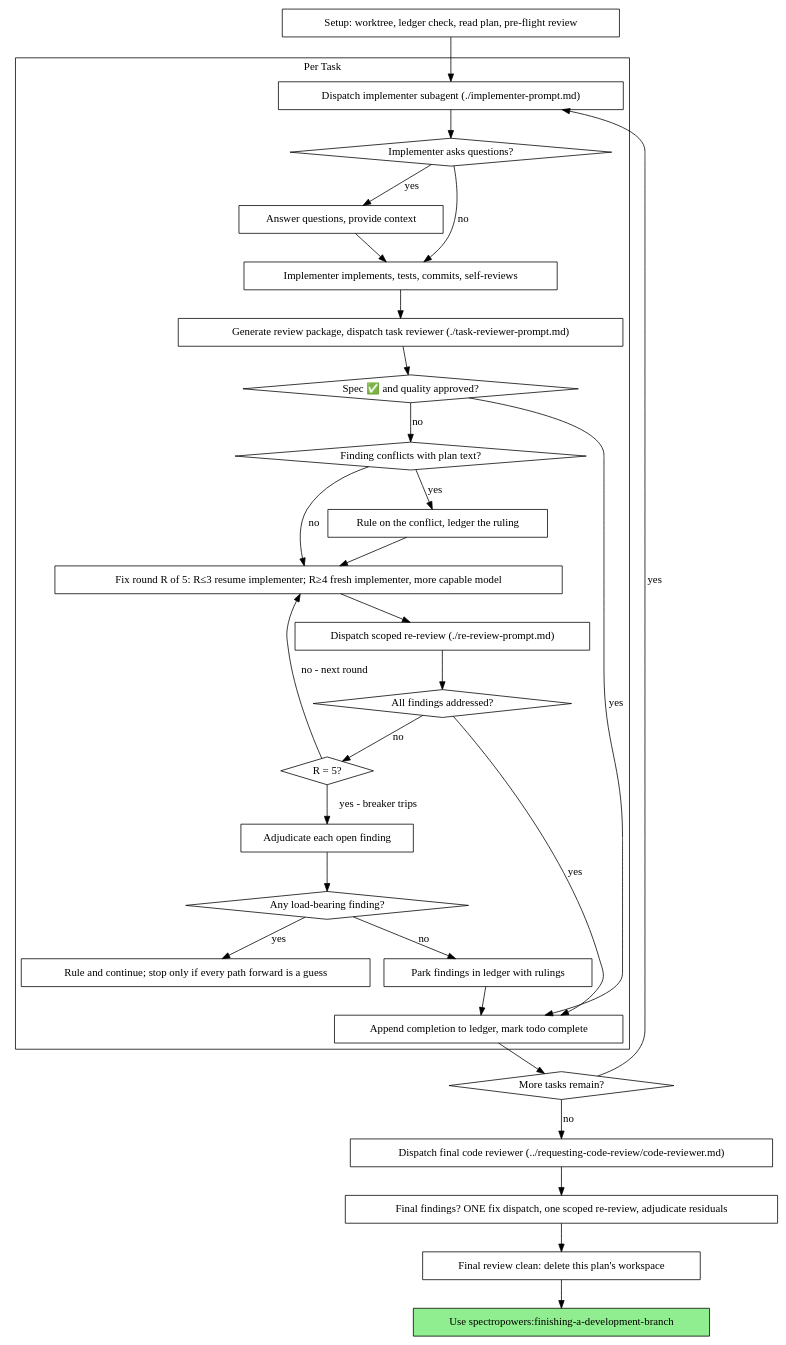
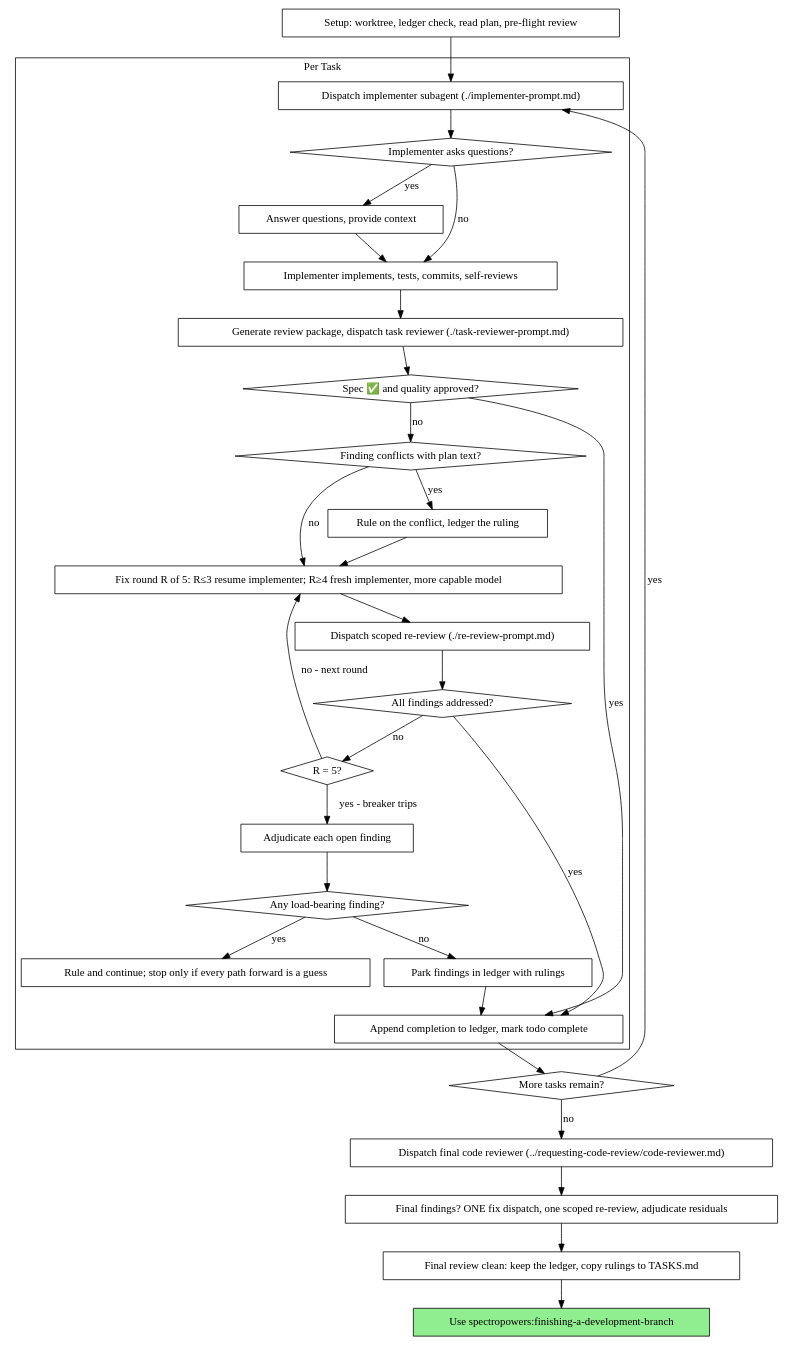
Before and after one commit to spectroscope/spectroscope: the second of 2 diagrams in spectro-server/src/main/resources/bundled-playbooks/spectro/skills/spectropowers/subagent-driven-development/SKILL.md, drawn with Graphviz. The commit also changed other lines of this file and 48 other files, not shown here.

````diff
--- a/spectro-server/src/main/resources/bundled-playbooks/spectro/skills/spectropowers/subagent-driven-development/SKILL.md
+++ b/spectro-server/src/main/resources/bundled-playbooks/spectro/skills/spectropowers/subagent-driven-development/SKILL.md
@@ -61,62 +63,62 @@
 ```dot
 digraph process {
     rankdir=TB;
 
     subgraph cluster_per_task {
         label="Per Task";
         "Dispatch implementer subagent (./implementer-prompt.md)" [shape=box];
         "Implementer asks questions?" [shape=diamond];
         "Answer questions, provide context" [shape=box];
         "Implementer implements, tests, commits, self-reviews" [shape=box];
         "Generate review package, dispatch task reviewer (./task-reviewer-prompt.md)" [shape=box];
         "Spec ✅ and quality approved?" [shape=diamond];
         "Finding conflicts with plan text?" [shape=diamond];
         "Rule on the conflict, ledger the ruling" [shape=box];
         "Fix round R of 5: R≤3 resume implementer; R≥4 fresh implementer, more capable model" [shape=box];
         "Dispatch scoped re-review (./re-review-prompt.md)" [shape=box];
         "All findings addressed?" [shape=diamond];
         "R = 5?" [shape=diamond];
         "Adjudicate each open finding" [shape=box];
         "Any load-bearing finding?" [shape=diamond];
         "Rule and continue; stop only if every path forward is a guess" [shape=box];
         "Park findings in ledger with rulings" [shape=box];
         "Append completion to ledger, mark todo complete" [shape=box];
     }
 
     "Setup: worktree, ledger check, read plan, pre-flight review" [shape=box];
     "More tasks remain?" [shape=diamond];
     "Dispatch final code reviewer (../requesting-code-review/code-reviewer.md)" [shape=box];
     "Final findings? ONE fix dispatch, one scoped re-review, adjudicate residuals" [shape=box];
-    "Final review clean: delete this plan's workspace" [shape=box];
+    "Final review clean: keep the ledger, copy rulings to TASKS.md" [shape=box];
     "Use spectropowers:finishing-a-development-branch" [shape=box style=filled fillcolor=lightgreen];
 
     "Setup: worktree, ledger check, read plan, pre-flight review" -> "Dispatch implementer subagent (./implementer-prompt.md)";
     "Dispatch implementer subagent (./implementer-prompt.md)" -> "Implementer asks questions?";
     "Implementer asks questions?" -> "Answer questions, provide context" [label="yes"];
     "Answer questions, provide context" -> "Implementer implements, tests, commits, self-reviews";
     "Implementer asks questions?" -> "Implementer implements, tests, commits, self-reviews" [label="no"];
     "Implementer implements, tests, commits, self-reviews" -> "Generate review package, dispatch task reviewer (./task-reviewer-prompt.md)";
     "Generate review package, dispatch task reviewer (./task-reviewer-prompt.md)" -> "Spec ✅ and quality approved?";
     "Spec ✅ and quality approved?" -> "Append completion to ledger, mark todo complete" [label="yes"];
     "Spec ✅ and quality approved?" -> "Finding conflicts with plan text?" [label="no"];
     "Finding conflicts with plan text?" -> "Rule on the conflict, ledger the ruling" [label="yes"];
     "Rule on the conflict, ledger the ruling" -> "Fix round R of 5: R≤3 resume implementer; R≥4 fresh implementer, more capable model";
     "Finding conflicts with plan text?" -> "Fix round R of 5: R≤3 resume implementer; R≥4 fresh implementer, more capable model" [label="no"];
     "Fix round R of 5: R≤3 resume implementer; R≥4 fresh implementer, more capable model" -> "Dispatch scoped re-review (./re-review-prompt.md)";
     "Dispatch scoped re-review (./re-review-prompt.md)" -> "All findings addressed?";
     "All findings addressed?" -> "Append completion to ledger, mark todo complete" [label="yes"];
     "All findings addressed?" -> "R = 5?" [label="no"];
     "R = 5?" -> "Fix round R of 5: R≤3 resume implementer; R≥4 fresh implementer, more capable model" [label="no - next round"];
     "R = 5?" -> "Adjudicate each open finding" [label="yes - breaker trips"];
     "Adjudicate each open finding" -> "Any load-bearing finding?";
     "Any load-bearing finding?" -> "Rule and continue; stop only if every path forward is a guess" [label="yes"];
     "Any load-bearing finding?" -> "Park findings in ledger with rulings" [label="no"];
     "Park findings in ledger with rulings" -> "Append completion to ledger, mark todo complete";
     "Append completion to ledger, mark todo complete" -> "More tasks remain?";
     "More tasks remain?" -> "Dispatch implementer subagent (./implementer-prompt.md)" [label="yes"];
     "More tasks remain?" -> "Dispatch final code reviewer (../requesting-code-review/code-reviewer.md)" [label="no"];
     "Dispatch final code reviewer (../requesting-code-review/code-reviewer.md)" -> "Final findings? ONE fix dispatch, one scoped re-review, adjudicate residuals";
-    "Final findings? ONE fix dispatch, one scoped re-review, adjudicate residuals" -> "Final review clean: delete this plan's workspace";
-    "Final review clean: delete this plan's workspace" -> "Use spectropowers:finishing-a-development-branch";
+    "Final findings? ONE fix dispatch, one scoped re-review, adjudicate residuals" -> "Final review clean: keep the ledger, copy rulings to TASKS.md";
+    "Final review clean: keep the ledger, copy rulings to TASKS.md" -> "Use spectropowers:finishing-a-development-branch";
 }
 ```
````
